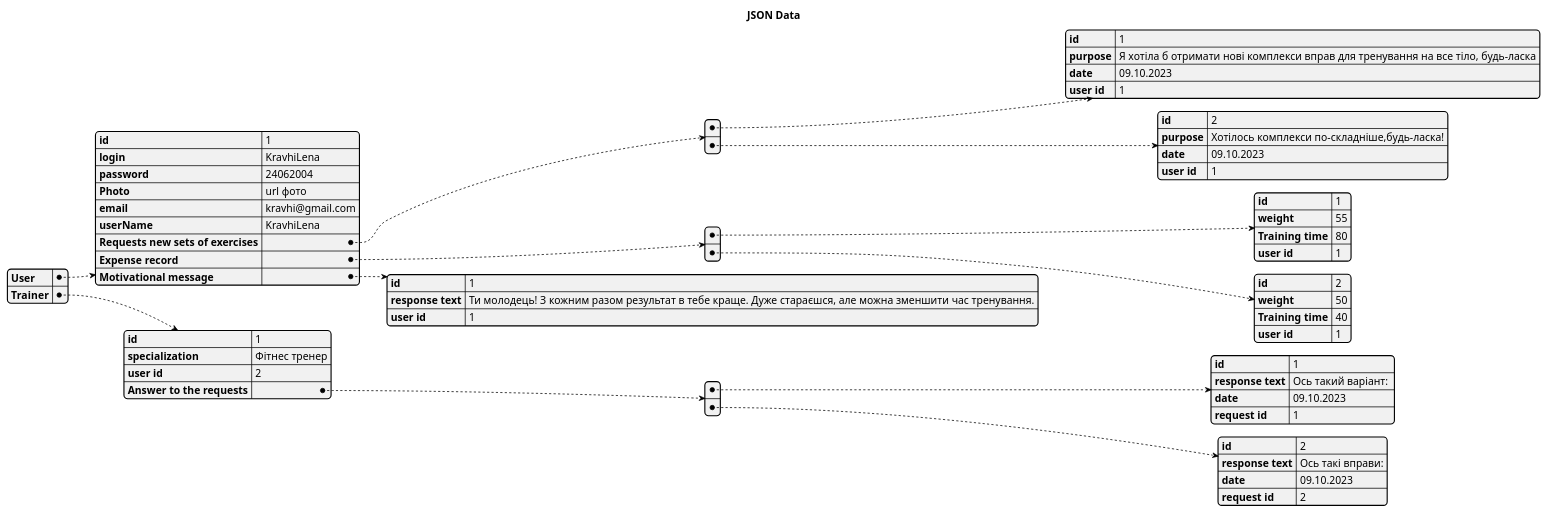
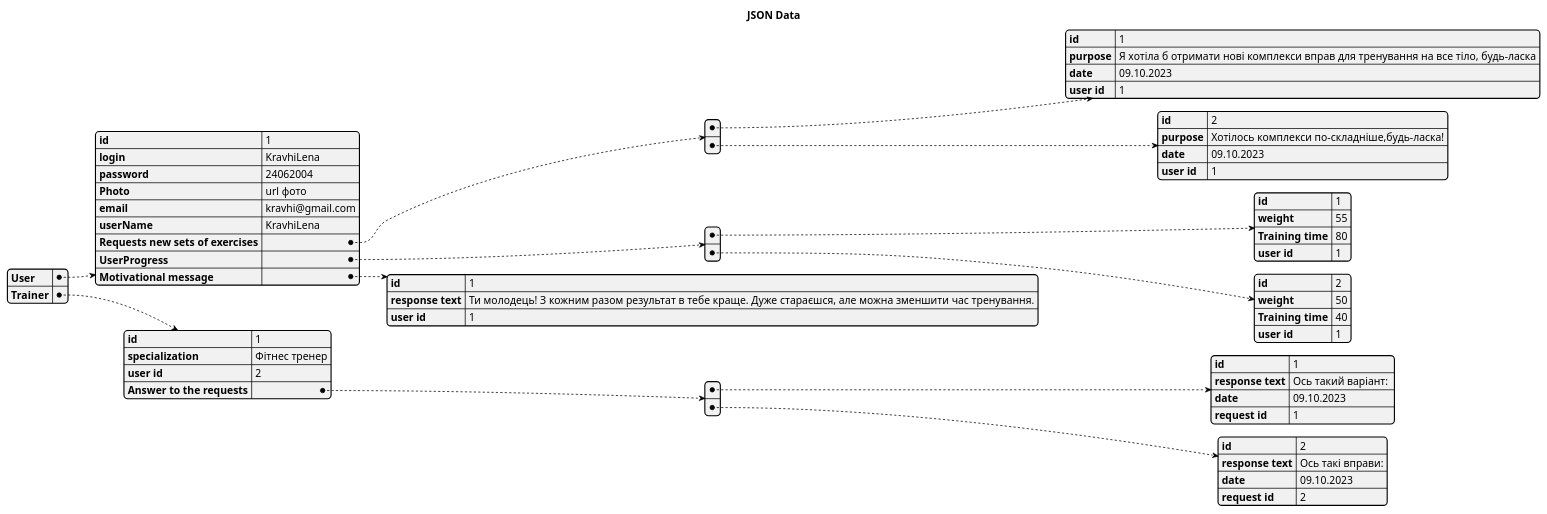
One commit to oleksandrblazhko/ai-214-kravchishina changed the diagram in 2-SoftwareDesign/2.7-PlantUML/DataModel.puml. Above: the diagram before and after it, drawn with PlantUML.

```diff
--- a/2-SoftwareDesign/2.7-PlantUML/DataModel.puml
+++ b/2-SoftwareDesign/2.7-PlantUML/DataModel.puml
@@ -1,65 +1,65 @@
 @startjson
   title JSON Data
 {
   "User": {
     "id": "1",
     "login": "KravhiLena",
     "password": "24062004",
     "Photo": "url фото",
     "email": "kravhi@gmail.com",
     "userName": "KravhiLena",
     "Requests new sets of exercises": [
       {
         "id": "1",
         "purpose": "Я хотіла б отримати нові комплекси вправ для тренування на все тіло, будь-ласка",
         "date": "09.10.2023",
         "user id": "1"
       },
       {
         "id": "2",
         "purpose": "Хотілось комплекси по-складніше,будь-ласка!",
         "date": "09.10.2023",
         "user id": "1"
       }
     ],
-    "Expense record": [
+    "UserProgress": [
       {
         "id": "1",
         "weight": "55",
         "Training time": "80",
         "user id": "1"
       },
       {
         "id": "2",
         "weight": "50",
         "Training time": "40",
         "user id": "1"
       }
     ],
     "Motivational message": {
       "id": "1",
       "response text": "Ти молодець! З кожним разом результат в тебе краще. Дуже стараєшся, але можна зменшити час тренування.",
       "user id": "1"
     }
   },
   "Trainer": {
     "id": "1",
     "specialization": "Фітнес тренер",
     "user id": "2",
     "Answer to the requests": [
       {
         "id": "1",
         "response text": "Ось такий варіант: ",
         "date": "09.10.2023",
         "request id": 1
       },
       {
         "id": "2",
         "response text": "Ось такі вправи:",
         "date": "09.10.2023",
         "request id": 2
       }
     ]
   }
 }
 @endjson
```
